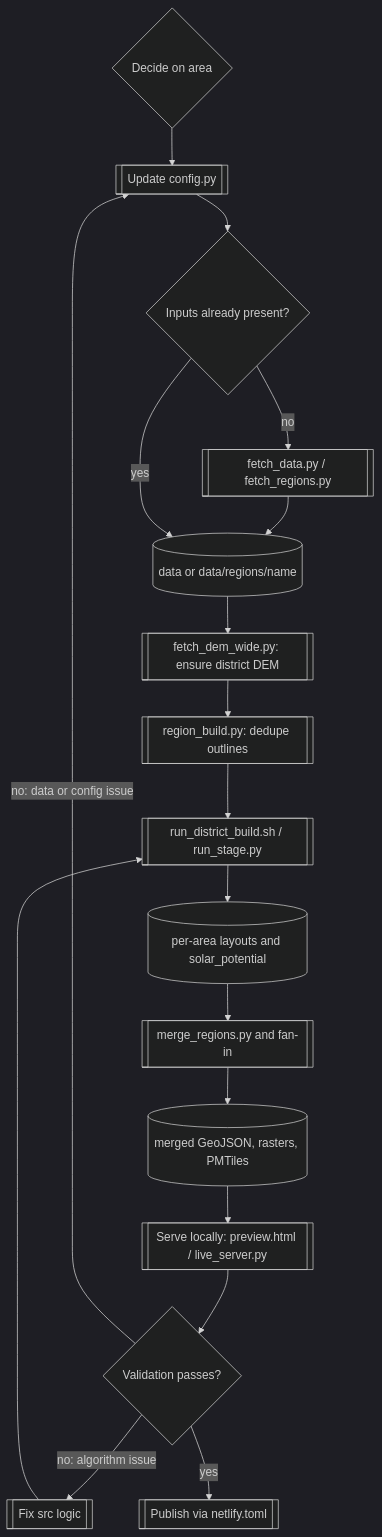
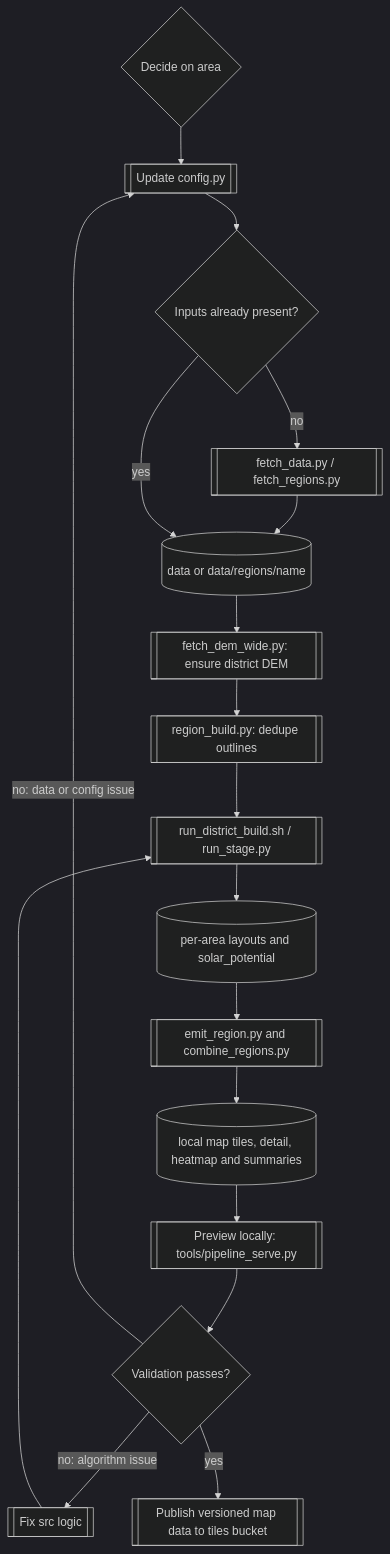
The diagram in docs/data-maintainers/dataset-operations.md (rewiring-nz/nz-solar-potential), drawn with Mermaid (dark theme) before and after one commit. The commit also changed other lines of this file and 4 other files, not shown here.

````diff
--- a/docs/data-maintainers/dataset-operations.md
+++ b/docs/data-maintainers/dataset-operations.md
@@ -14,20 +14,20 @@
 ```mermaid
 flowchart TB
   A{Decide on area} --> B[[Update config.py]]
   B --> C{Inputs already present?}
   C -- no --> D[[fetch_data.py / fetch_regions.py]]
   D --> E[(data or data/regions/name)]
   C -- yes --> E
   E --> F[[fetch_dem_wide.py: ensure district DEM]]
   F --> H[[region_build.py: dedupe outlines]]
   H --> I[[run_district_build.sh / run_stage.py]]
   I --> J[(per-area layouts and solar_potential)]
-  J --> K[[merge_regions.py and fan-in]]
-  K --> L[(merged GeoJSON, rasters, PMTiles)]
-  L --> M[[Serve locally: preview.html / live_server.py]]
+  J --> K[[emit_region.py and combine_regions.py]]
+  K --> L[(local map tiles, detail, heatmap and summaries)]
+  L --> M[[Preview locally: tools/pipeline_serve.py]]
   M --> N{Validation passes?}
   N -- no: data or config issue --> B
   N -- no: algorithm issue --> O[[Fix src logic]]
   O --> I
-  N -- yes --> P[[Publish via netlify.toml]]
+  N -- yes --> P[[Publish versioned map data to tiles bucket]]
 ```
````
